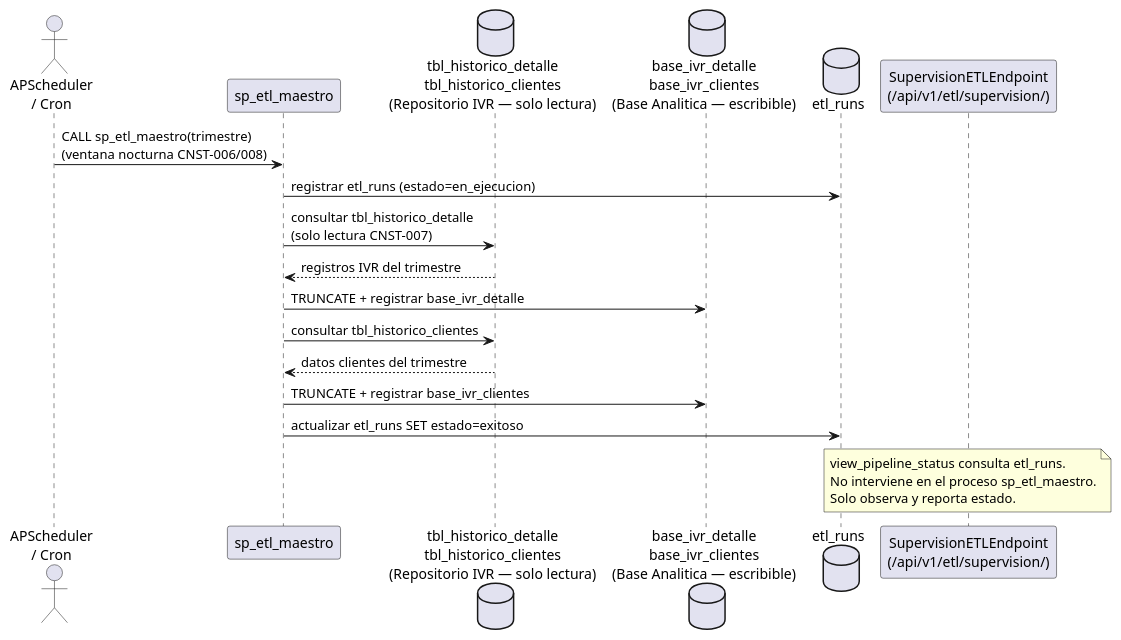
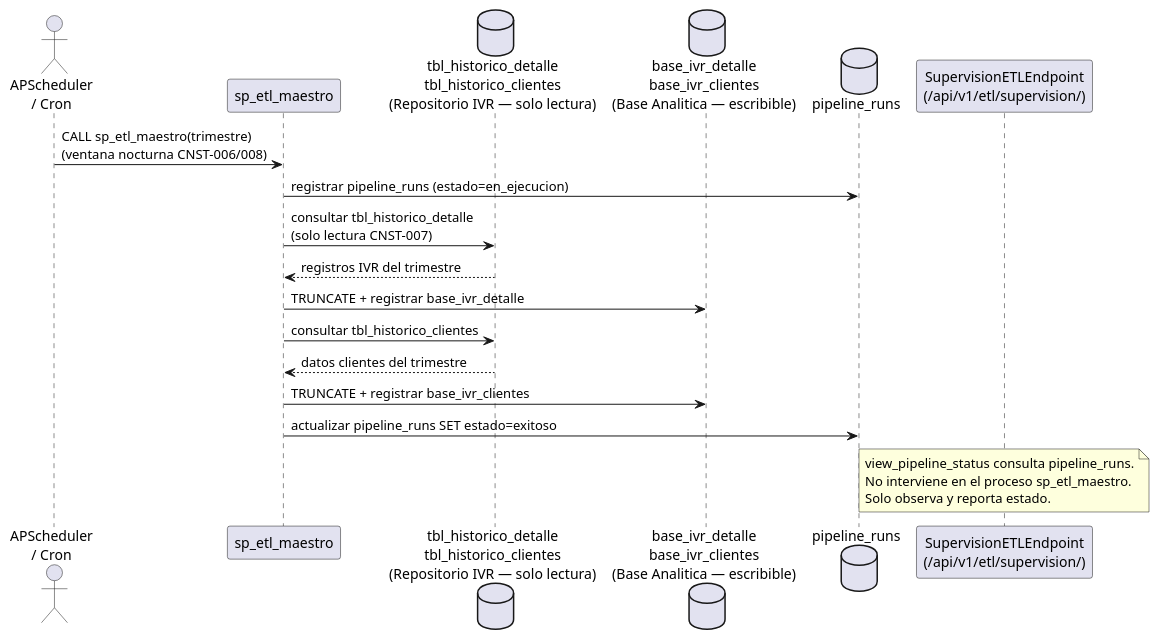
One commit to jcg-admin/IACT-docs changed the diagram in source/arquitectura-tecnica/modulos/etl-monitoring/diagramas/flujo-etl-nocturno.rst. Above: the diagram before and after it, drawn with PlantUML. The commit also changed 96 other files, not shown here.

First line of the commit message:
Apply CNST-033: rename ETL→Pipeline in domain-model + sweep refs

```diff
--- a/source/arquitectura-tecnica/modulos/etl-monitoring/diagramas/flujo-etl-nocturno.rst
+++ b/source/arquitectura-tecnica/modulos/etl-monitoring/diagramas/flujo-etl-nocturno.rst
@@ -19,29 +19,29 @@
 .. uml::
  :caption: Secuencia ETL nocturno con sp_etl_maestro sobre Almacen de Datos (CNST-006/008).
 
  @startuml
 
  actor "APScheduler\n/ Cron" as Apscheduler
  participant "sp_etl_maestro" as sp_etl_maestro
  database "tbl_historico_detalle\ntbl_historico_clientes\n(Repositorio IVR — solo lectura)" as tbl_historico_detalle
  database "base_ivr_detalle\nbase_ivr_clientes\n(Base Analitica — escribible)" as BASE_ANALITICA_DESTINO
- database "etl_runs" as etl_runs
+ database "pipeline_runs" as pipeline_runs
  participant "SupervisionETLEndpoint\n(/api/v1/etl/supervision/)" as Supervisionetlendpoint
 
  Apscheduler -> sp_etl_maestro : CALL sp_etl_maestro(trimestre)\n(ventana nocturna CNST-006/008)
- sp_etl_maestro -> etl_runs : registrar etl_runs (estado=en_ejecucion)
+ sp_etl_maestro -> pipeline_runs : registrar pipeline_runs (estado=en_ejecucion)
  sp_etl_maestro -> tbl_historico_detalle : consultar tbl_historico_detalle\n(solo lectura CNST-007)
  tbl_historico_detalle --> sp_etl_maestro : registros IVR del trimestre
  sp_etl_maestro -> BASE_ANALITICA_DESTINO : TRUNCATE + registrar base_ivr_detalle
  sp_etl_maestro -> tbl_historico_detalle : consultar tbl_historico_clientes
  tbl_historico_detalle --> sp_etl_maestro : datos clientes del trimestre
  sp_etl_maestro -> BASE_ANALITICA_DESTINO : TRUNCATE + registrar base_ivr_clientes
- sp_etl_maestro -> etl_runs : actualizar etl_runs SET estado=exitoso
+ sp_etl_maestro -> pipeline_runs : actualizar pipeline_runs SET estado=exitoso
 
  note over Supervisionetlendpoint
-   view_pipeline_status consulta etl_runs.
+   view_pipeline_status consulta pipeline_runs.
    No interviene en el proceso sp_etl_maestro.
    Solo observa y reporta estado.
  end note
 
  @enduml
```
